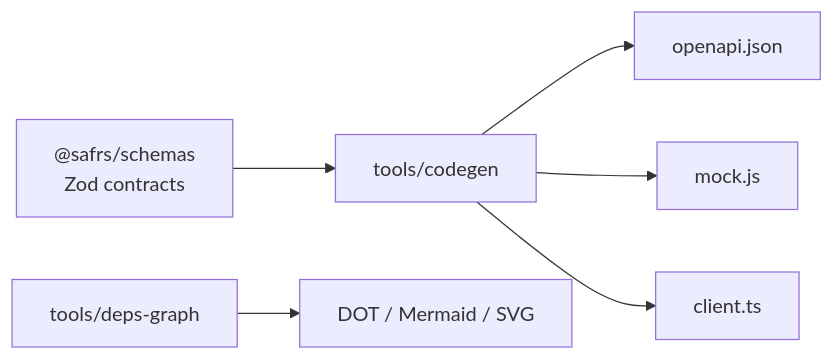
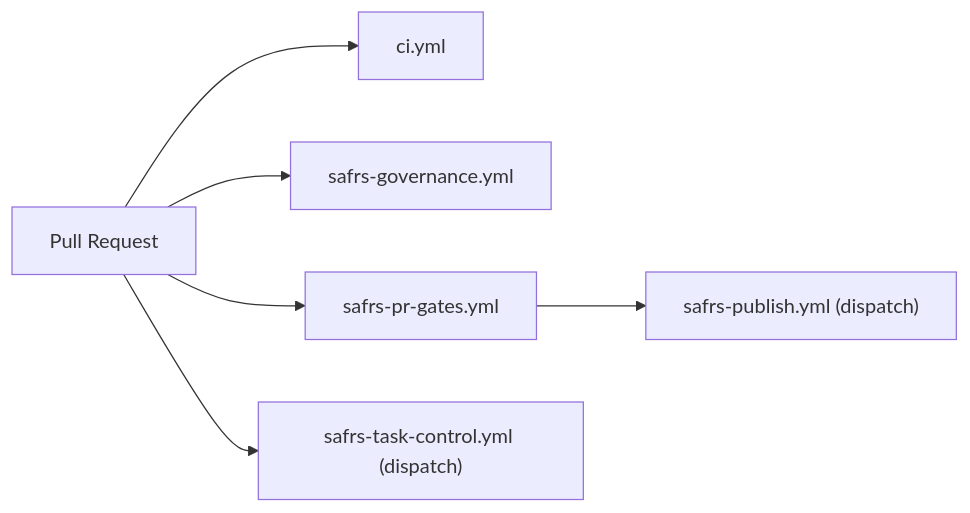
The diagram in sentrawiki/how-to-contribute/tooling.md (drferdii/Monorepo-safrs), drawn with Mermaid before and after one commit. The commit also changed other lines of this file and 34 other files, not shown here.

````diff
--- a/sentrawiki/how-to-contribute/tooling.md
+++ b/sentrawiki/how-to-contribute/tooling.md
@@ -37,16 +59,9 @@
 ```mermaid
 graph LR
-    SCHEMAS["@safrs/schemas<br/>Zod contracts"]
-    CODEGEN["tools/codegen"]
-    DEPS["tools/deps-graph"]
-    OAPI["openapi.json"]
-    MOCK["mock.js"]
-    CLIENT["client.ts"]
-    GRAPH["DOT / Mermaid / SVG"]
-
-    SCHEMAS --> CODEGEN
-    CODEGEN --> OAPI
-    CODEGEN --> MOCK
-    CODEGEN --> CLIENT
-    DEPS --> GRAPH
+    PR["Pull Request"] --> CI["ci.yml"]
+    PR --> GOV["safrs-governance.yml"]
+    PR --> GATES["safrs-pr-gates.yml"]
+    PR --> TASK["safrs-task-control.yml (dispatch)"]
+    PUBLISH["safrs-publish.yml (dispatch)"]
+    GATES --> PUBLISH
 ```
````
